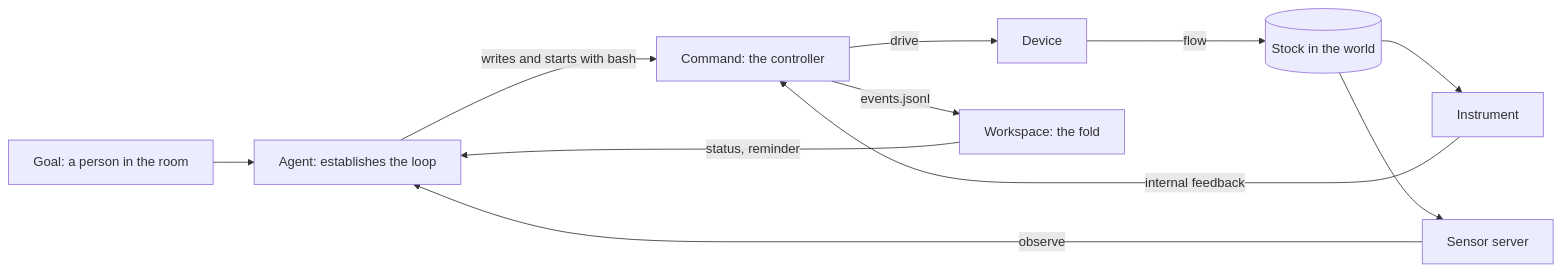
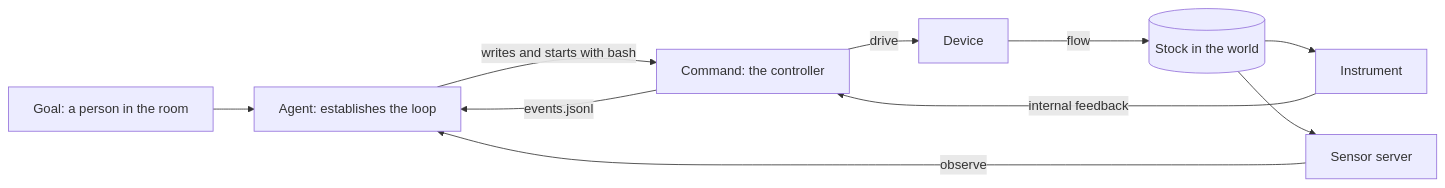
Before and after one commit to ambionframework/ambion: the diagram in docs/actuators.md, drawn with Mermaid. The commit also changed other lines of this file and 11 other files, not shown here.

````diff
--- a/docs/actuators.md
+++ b/docs/actuators.md
@@ -55,13 +50,12 @@
 ```mermaid
 flowchart LR
   goal[Goal: a person in the room] --> agent[Agent: establishes the loop]
   agent -- writes and starts with bash --> command[Command: the controller]
   command -- drive --> device[Device]
   device -- flow --> stock[(Stock in the world)]
   stock --> instrument[Instrument]
   instrument -- internal feedback --> command
-  command -- events.jsonl --> fold[Workspace: the fold]
-  fold -- status, reminder --> agent
+  command -- events.jsonl --> agent
   stock --> sensor[Sensor server]
   sensor -- observe --> agent
 ```
````
